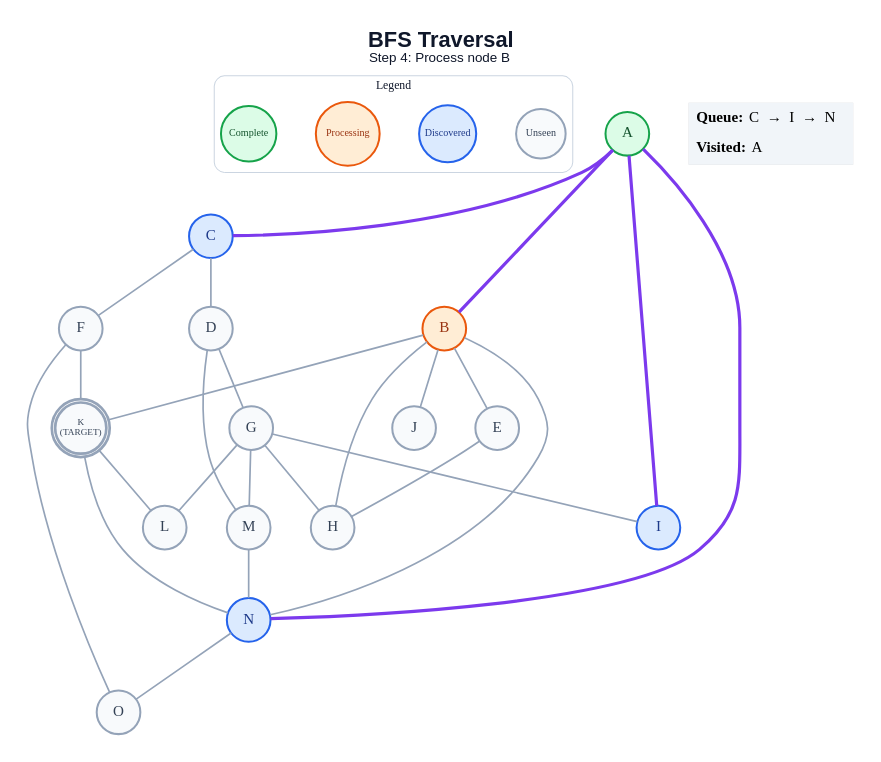
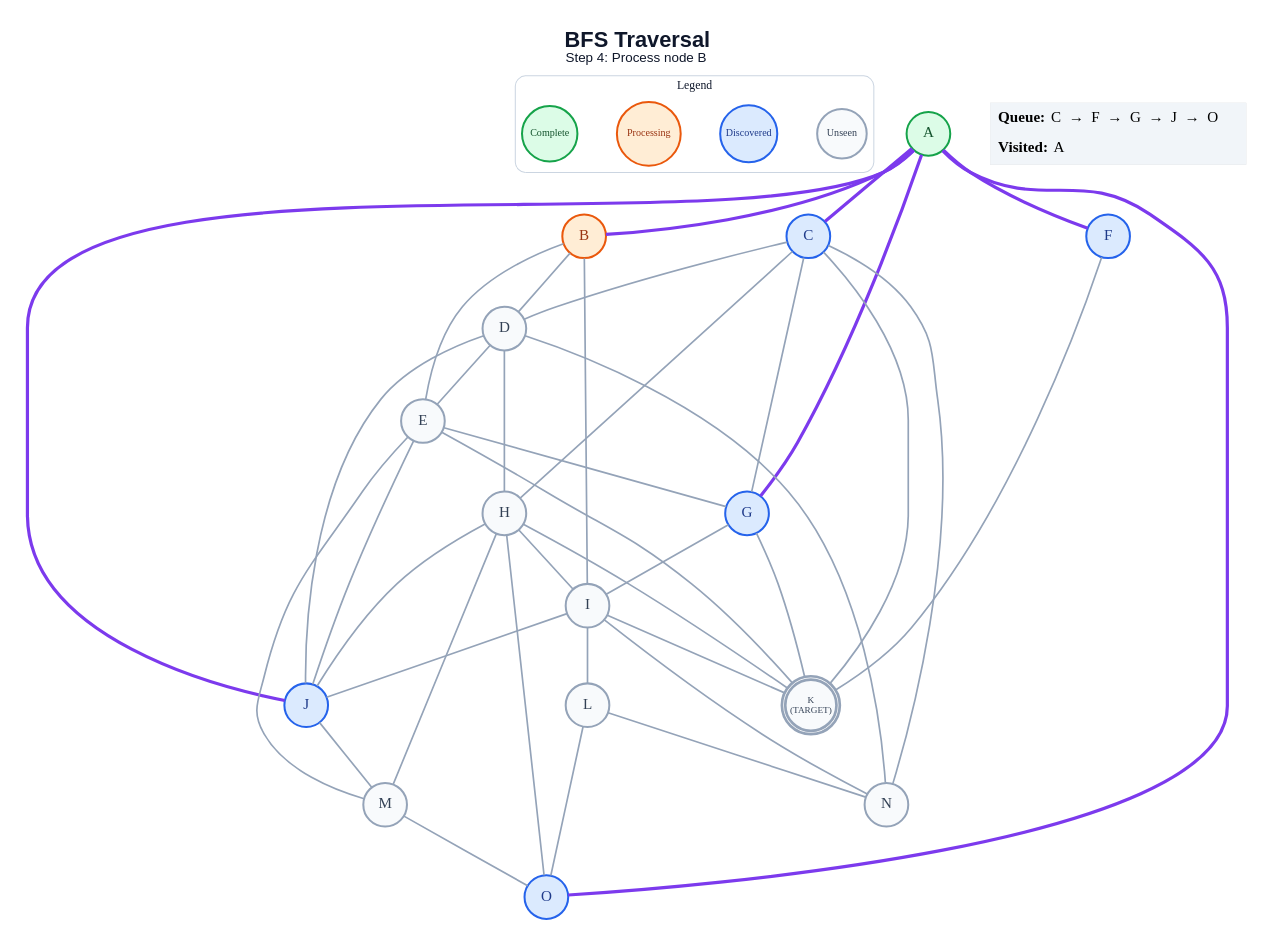
One commit to anon7238593-create/ai-slop changed the diagram in generated/short-circuit/bfs/step_04.dot. Above: the diagram before and after it, drawn with Graphviz. The commit also changed 241 other files, not shown here.

```diff
--- a/generated/short-circuit/bfs/step_04.dot
+++ b/generated/short-circuit/bfs/step_04.dot
@@ -1,58 +1,72 @@
 graph traversal {
   graph [layout=dot, rankdir=TB, bgcolor="#FFFFFF", pad="0.35", nodesep="0.65", ranksep="0.8", fontname="Arial"];
   node [shape=circle, style="filled", fontname="Arial Bold", fontsize=18, width=0.72, fixedsize=true, penwidth=2.4];
   edge [color="#94A3B8", penwidth=2.0];
   label=<<B>BFS Traversal</B><BR/><FONT POINT-SIZE="16">Step 4: Process node B</FONT>>; labelloc="t"; fontsize=26; fontname="Arial"; fontcolor="#0F172A";
   subgraph cluster_legend { label="Legend"; color="#CBD5E1"; penwidth=1.2; style="rounded"; fontsize=14; fontname="Arial Bold";
     key_unseen [label="Unseen", fillcolor="#F8FAFC", color="#94A3B8", fontcolor="#334155", fontsize=12, width=0.82];
     key_frontier [label="Discovered", fillcolor="#DBEAFE", color="#2563EB", fontcolor="#1E3A8A", fontsize=12, width=0.95];
     key_current [label="Processing", fillcolor="#FFEDD5", color="#EA580C", fontcolor="#9A3412", fontsize=12, width=1.05];
     key_done [label="Complete", fillcolor="#DCFCE7", color="#16A34A", fontcolor="#14532D", fontsize=12, width=0.92];
     { rank=same; key_unseen; key_frontier; key_current; key_done; }
   }
   A [label="A", fillcolor="#DCFCE7", color="#16A34A", fontcolor="#14532D", peripheries=1, penwidth=2.4];
   B [label="B", fillcolor="#FFEDD5", color="#EA580C", fontcolor="#9A3412", peripheries=1, penwidth=2.4];
   C [label="C", fillcolor="#DBEAFE", color="#2563EB", fontcolor="#1E3A8A", peripheries=1, penwidth=2.4];
   D [label="D", fillcolor="#F8FAFC", color="#94A3B8", fontcolor="#334155", peripheries=1, penwidth=2.4];
   E [label="E", fillcolor="#F8FAFC", color="#94A3B8", fontcolor="#334155", peripheries=1, penwidth=2.4];
-  F [label="F", fillcolor="#F8FAFC", color="#94A3B8", fontcolor="#334155", peripheries=1, penwidth=2.4];
-  G [label="G", fillcolor="#F8FAFC", color="#94A3B8", fontcolor="#334155", peripheries=1, penwidth=2.4];
+  F [label="F", fillcolor="#DBEAFE", color="#2563EB", fontcolor="#1E3A8A", peripheries=1, penwidth=2.4];
+  G [label="G", fillcolor="#DBEAFE", color="#2563EB", fontcolor="#1E3A8A", peripheries=1, penwidth=2.4];
   H [label="H", fillcolor="#F8FAFC", color="#94A3B8", fontcolor="#334155", peripheries=1, penwidth=2.4];
-  I [label="I", fillcolor="#DBEAFE", color="#2563EB", fontcolor="#1E3A8A", peripheries=1, penwidth=2.4];
-  J [label="J", fillcolor="#F8FAFC", color="#94A3B8", fontcolor="#334155", peripheries=1, penwidth=2.4];
+  I [label="I", fillcolor="#F8FAFC", color="#94A3B8", fontcolor="#334155", peripheries=1, penwidth=2.4];
+  J [label="J", fillcolor="#DBEAFE", color="#2563EB", fontcolor="#1E3A8A", peripheries=1, penwidth=2.4];
   K [label="K\n(TARGET)", fillcolor="#F8FAFC", color="#94A3B8", fontcolor="#334155", peripheries=2, penwidth=3.2, fontsize=11, width=0.85, height=0.85];
   L [label="L", fillcolor="#F8FAFC", color="#94A3B8", fontcolor="#334155", peripheries=1, penwidth=2.4];
   M [label="M", fillcolor="#F8FAFC", color="#94A3B8", fontcolor="#334155", peripheries=1, penwidth=2.4];
-  N [label="N", fillcolor="#DBEAFE", color="#2563EB", fontcolor="#1E3A8A", peripheries=1, penwidth=2.4];
-  O [label="O", fillcolor="#F8FAFC", color="#94A3B8", fontcolor="#334155", peripheries=1, penwidth=2.4];
+  N [label="N", fillcolor="#F8FAFC", color="#94A3B8", fontcolor="#334155", peripheries=1, penwidth=2.4];
+  O [label="O", fillcolor="#DBEAFE", color="#2563EB", fontcolor="#1E3A8A", peripheries=1, penwidth=2.4];
   A -- B [color="#7C3AED", penwidth=3.8];
   A -- C [color="#7C3AED", penwidth=3.8];
-  A -- I [color="#7C3AED", penwidth=3.8];
-  A -- N [color="#7C3AED", penwidth=3.8];
+  A -- F [color="#7C3AED", penwidth=3.8];
+  A -- G [color="#7C3AED", penwidth=3.8];
+  A -- J [color="#7C3AED", penwidth=3.8];
+  A -- O [color="#7C3AED", penwidth=3.8];
+  B -- D;
   B -- E;
-  B -- H;
-  B -- J;
-  B -- K;
-  B -- N;
+  B -- I;
   C -- D;
-  C -- F;
-  D -- G;
-  D -- M;
-  E -- H;
+  C -- G;
+  C -- H;
+  C -- K;
+  C -- N;
+  D -- E;
+  D -- H;
+  D -- J;
+  D -- N;
+  E -- G;
+  E -- J;
+  E -- K;
+  E -- M;
   F -- K;
-  F -- O;
-  G -- H;
   G -- I;
-  G -- L;
-  G -- M;
-  K -- L;
-  K -- N;
-  M -- N;
-  N -- O;
+  G -- K;
+  H -- I;
+  H -- J;
+  H -- K;
+  H -- M;
+  H -- O;
+  I -- J;
+  I -- K;
+  I -- L;
+  I -- N;
+  J -- M;
+  L -- N;
+  L -- O;
+  M -- O;
   status [shape=plain, fixedsize=false, width=0, height=0, margin=0, label=<
     <TABLE BORDER="0" CELLBORDER="0" CELLPADDING="7" BGCOLOR="#F1F5F9">
-      <TR><TD ALIGN="LEFT"><B>Queue:</B> C  →  I  →  N</TD></TR>
+      <TR><TD ALIGN="LEFT"><B>Queue:</B> C  →  F  →  G  →  J  →  O</TD></TR>
       <TR><TD ALIGN="LEFT"><B>Visited:</B> A</TD></TR>
     </TABLE>
   >];
 }
```
